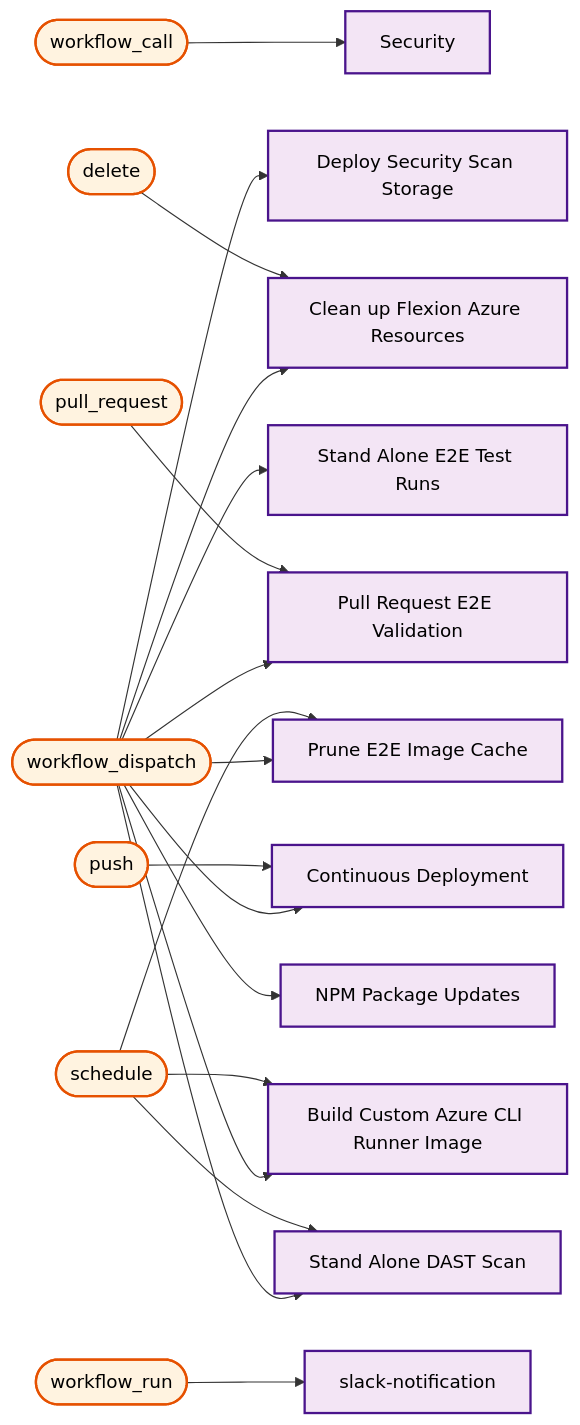
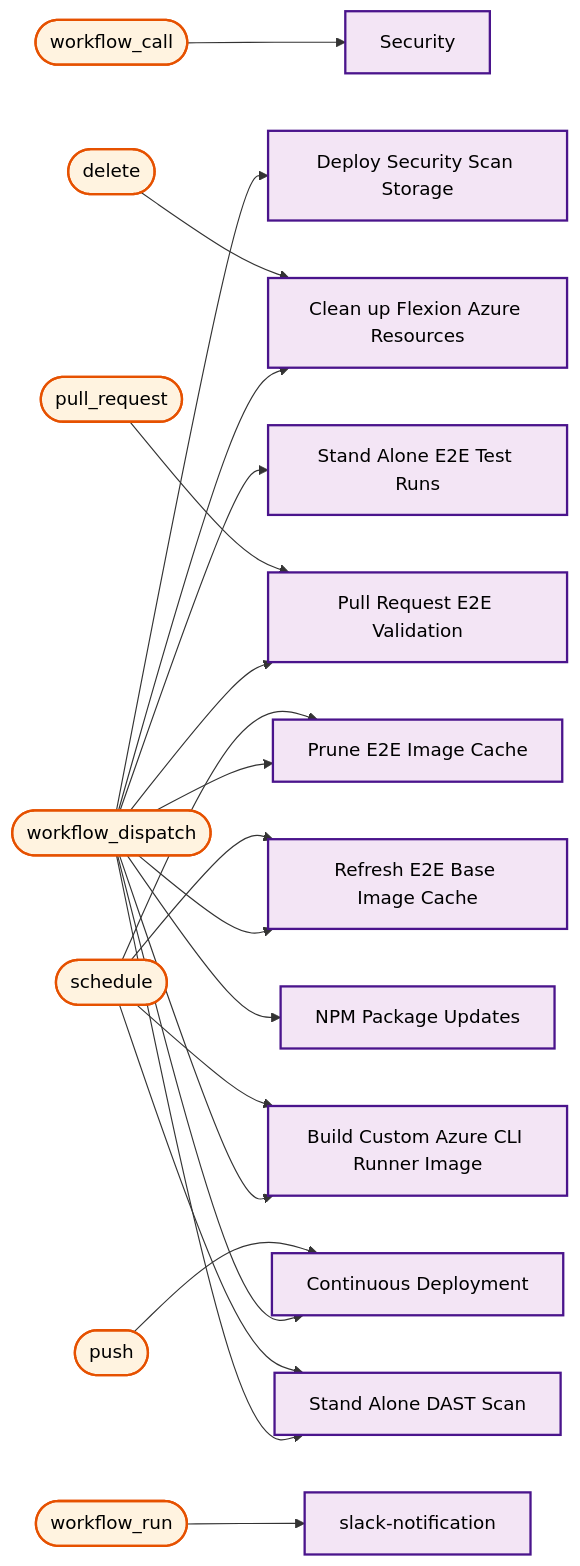
One commit to US-Trustee-Program/Bankruptcy-Oversight-Support-Systems changed diagram 25 of 25 in docs/operations/workflow-diagram.md. Above: the diagram before and after it, drawn with Mermaid. The commit also changed other lines of this file and 3 other files, not shown here.

````diff
--- a/docs/operations/workflow-diagram.md
+++ b/docs/operations/workflow-diagram.md
@@ -1246,67 +1276,72 @@
 ```mermaid
 flowchart LR
     trigger_workflow_call(["workflow_call"])
     sub_security_scan_yml["Security"]
     trigger_workflow_dispatch(["workflow_dispatch"])
     deploy_security_scan_storage_yml["Deploy Security Scan Storage"]
     e2e_test_yml["Stand Alone E2E Test Runs"]
     azure_remove_branch_yml["Clean up Flexion Azure Resources"]
     prune_e2e_image_cache_yml["Prune E2E Image Cache"]
+    refresh_e2e_base_images_yml["Refresh E2E Base Image Cache"]
     pr_validation_yml["Pull Request E2E Validation"]
     continuous_deployment_yml["Continuous Deployment"]
     build_azure_cli_image_yml["Build Custom Azure CLI Runner Image"]
     dast_scan_yml["Stand Alone DAST Scan"]
     update_dependencies_yml["NPM Package Updates"]
     trigger_delete(["delete"])
     azure_remove_branch_yml["Clean up Flexion Azure Resources"]
     trigger_schedule(["schedule"])
     prune_e2e_image_cache_yml["Prune E2E Image Cache"]
+    refresh_e2e_base_images_yml["Refresh E2E Base Image Cache"]
     build_azure_cli_image_yml["Build Custom Azure CLI Runner Image"]
     dast_scan_yml["Stand Alone DAST Scan"]
     trigger_pull_request(["pull_request"])
     pr_validation_yml["Pull Request E2E Validation"]
     trigger_push(["push"])
     continuous_deployment_yml["Continuous Deployment"]
     trigger_workflow_run(["workflow_run"])
     slack_notification_yml["slack-notification"]
 
     trigger_workflow_call --> sub_security_scan_yml
     trigger_workflow_dispatch --> deploy_security_scan_storage_yml
     trigger_workflow_dispatch --> e2e_test_yml
     trigger_workflow_dispatch --> azure_remove_branch_yml
     trigger_workflow_dispatch --> prune_e2e_image_cache_yml
+    trigger_workflow_dispatch --> refresh_e2e_base_images_yml
     trigger_workflow_dispatch --> pr_validation_yml
     trigger_workflow_dispatch --> continuous_deployment_yml
     trigger_workflow_dispatch --> build_azure_cli_image_yml
     trigger_workflow_dispatch --> dast_scan_yml
     trigger_workflow_dispatch --> update_dependencies_yml
     trigger_delete --> azure_remove_branch_yml
     trigger_schedule --> prune_e2e_image_cache_yml
+    trigger_schedule --> refresh_e2e_base_images_yml
     trigger_schedule --> build_azure_cli_image_yml
     trigger_schedule --> dast_scan_yml
     trigger_pull_request --> pr_validation_yml
     trigger_push --> continuous_deployment_yml
     trigger_workflow_run --> slack_notification_yml
 
     classDef mainWorkflow fill:#f3e5f5,stroke:#4a148c,stroke-width:2px,color:#000000
     classDef trigger fill:#fff3e0,stroke:#e65100,stroke-width:2px,color:#000000
 
     class trigger_workflow_call trigger
     class trigger_workflow_dispatch trigger
     class trigger_delete trigger
     class trigger_schedule trigger
     class trigger_pull_request trigger
     class trigger_push trigger
     class trigger_workflow_run trigger
     class sub_security_scan_yml mainWorkflow
     class deploy_security_scan_storage_yml mainWorkflow
     class e2e_test_yml mainWorkflow
     class azure_remove_branch_yml mainWorkflow
     class prune_e2e_image_cache_yml mainWorkflow
+    class refresh_e2e_base_images_yml mainWorkflow
     class pr_validation_yml mainWorkflow
     class continuous_deployment_yml mainWorkflow
     class build_azure_cli_image_yml mainWorkflow
     class dast_scan_yml mainWorkflow
     class update_dependencies_yml mainWorkflow
     class slack_notification_yml mainWorkflow
 ```
````
